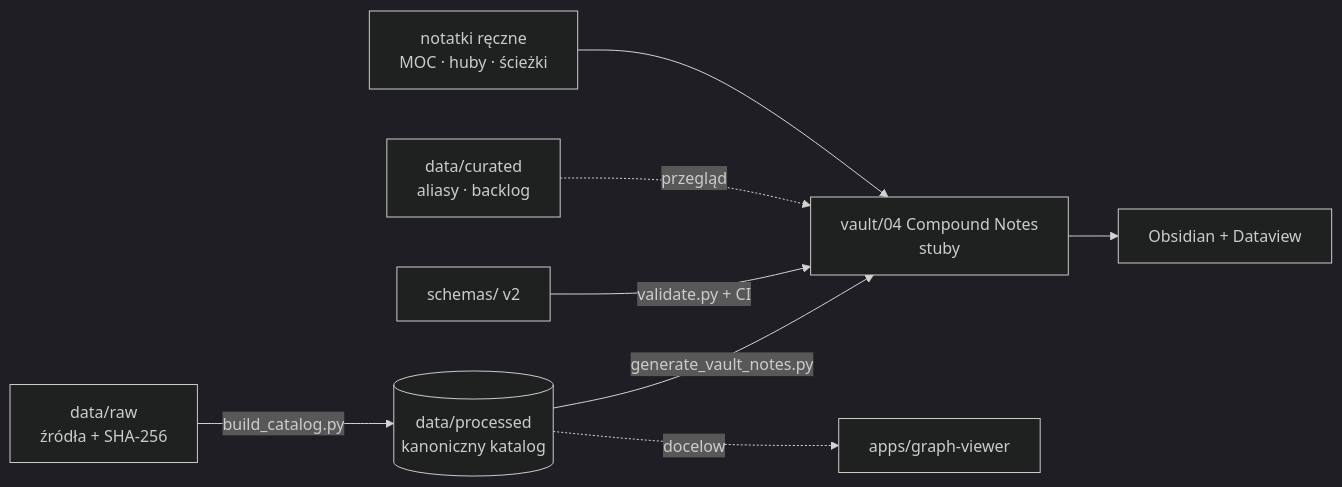
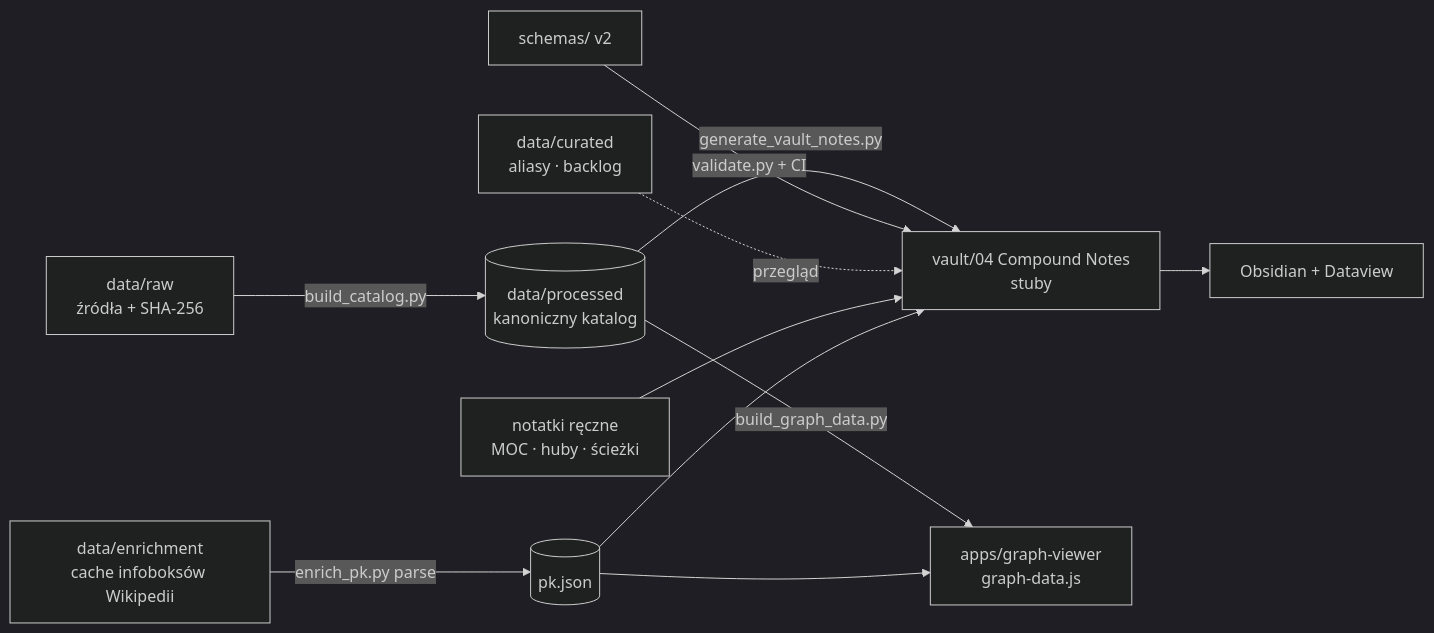
Before and after one commit to mmlsk/Pharma-vault: the diagram in README.md, drawn with Mermaid (dark theme). The commit also changed other lines of this file and 2373 other files, not shown here.

Commit message:
v3.1: PK z infoboksów Wikipedii (1117 substancji), graf 2351 substancji z substances.json, weryfikacja 9 produktów PDF

````diff
--- a/README.md
+++ b/README.md
@@ -19,10 +20,13 @@
 ```mermaid
 flowchart LR
   R[data/raw<br/>źródła + SHA-256] -->|build_catalog.py| P[(data/processed<br/>kanoniczny katalog)]
   P -->|generate_vault_notes.py| V[vault/04 Compound Notes<br/>stuby]
   S[schemas/ v2] -->|validate.py + CI| V
   C[data/curated<br/>aliasy · backlog] -.przegląd.-> V
   H[notatki ręczne<br/>MOC · huby · ścieżki] --> V
   V --> O[Obsidian + Dataview]
-  P -.docelowo.-> G[apps/graph-viewer]
+  W[data/enrichment<br/>cache infoboksów Wikipedii] -->|enrich_pk.py parse| K[(pk.json)]
+  K --> V
+  P -->|build_graph_data.py| G[apps/graph-viewer<br/>graph-data.js]
+  K --> G
 ```
````
